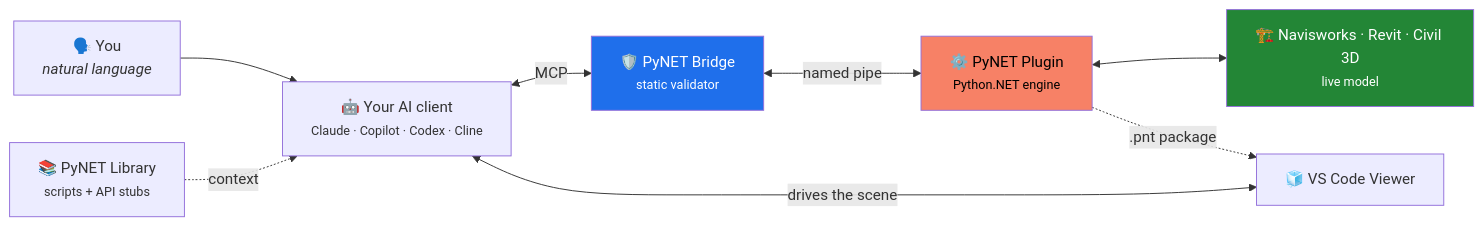
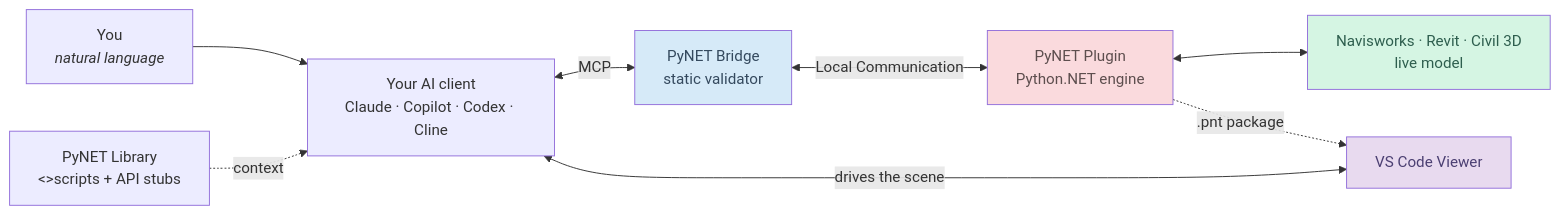
One commit to RAEN-DT/.github changed the diagram in profile/README.md. Above: the diagram before and after it, drawn with Mermaid. The commit also changed other lines of this file, not shown here.

Commit message:
Update README with new links and flowchart styles
Removed outdated links and updated flowchart styles in README.

````diff
--- a/profile/README.md
+++ b/profile/README.md
@@ -44,14 +38,15 @@
 ```mermaid
 flowchart LR
-    U["🗣️ You<br/><i>natural language</i>"] --> AI["🤖 Your AI client<br/><small>Claude · Copilot · Codex · Cline</small>"]
-    AI <-->|MCP| B["🛡️ PyNET Bridge<br/><small>static validator</small>"]
-    B <-->|named pipe| P["⚙️ PyNET Plugin<br/><small>Python.NET engine</small>"]
-    P <--> H["🏗️ Navisworks · Revit · Civil 3D<br/><small>live model</small>"]
-    L["📚 PyNET Library<br/><small>scripts + API stubs</small>"] -.->|context| AI
-    P -.->|.pnt package| V["🧊 VS Code Viewer"]
+    U["You<br/><i>natural language</i>"] --> AI["Your AI client<br/>Claude · Copilot · Codex · Cline</>"]
+    AI <-->|MCP| B["PyNET Bridge<br/>static validator</>"]
+    B <-->|Local Communication| P["PyNET Plugin<br/>Python.NET engine</>"]
+    P <--> H["Navisworks · Revit · Civil 3D<br/>live model</>"]
+    L["PyNET Library<br/><>scripts + API stubs</>"] -.->|context| AI
+    P -.->|.pnt package| V["VS Code Viewer"]
     AI <-->|drives the scene| V
 
-    style B fill:#1f6feb,color:#fff
-    style P fill:#f78166,color:#000
-    style H fill:#238636,color:#fff
+style B fill:#D6EAF8,color:#34495E
+style P fill:#FADADD,color:#5D4E4E
+style H fill:#D5F5E3,color:#2E5E4E
+style V fill:#E8DAEF,color:#4B3F72
 ```
````
